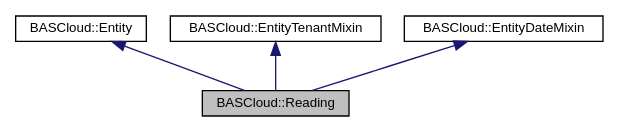
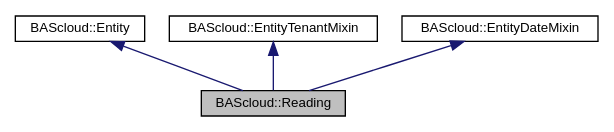
Before and after one commit to bascloud/BAScloudAPI: the diagram in classBASCloud_1_1Reading__inherit__graph.dot, drawn with Graphviz. The commit also changed 193 other files, not shown here.

```diff
--- a/classBASCloud_1_1Reading__inherit__graph.dot
+++ b/classBASCloud_1_1Reading__inherit__graph.dot
@@ -1,13 +1,13 @@
-digraph "BASCloud::Reading"
+digraph "BAScloud::Reading"
 {
  // LATEX_PDF_SIZE
   edge [fontname="Helvetica",fontsize="10",labelfontname="Helvetica",labelfontsize="10"];
   node [fontname="Helvetica",fontsize="10",shape=record];
-  Node1 [label="BASCloud::Reading",height=0.2,width=0.4,color="black", fillcolor="grey75", style="filled", fontcolor="black",tooltip="A Reading entity represents a reading from a sensor or actor (Device) in a building (Property)."];
+  Node1 [label="BAScloud::Reading",height=0.2,width=0.4,color="black", fillcolor="grey75", style="filled", fontcolor="black",tooltip="A Reading entity represents a reading from a sensor or actor (Device) in a building (Property)."];
   Node2 -> Node1 [dir="back",color="midnightblue",fontsize="10",style="solid",fontname="Helvetica"];
-  Node2 [label="BASCloud::Entity",height=0.2,width=0.4,color="black", fillcolor="white", style="filled",URL="$classBASCloud_1_1Entity.html",tooltip="Base class modeling a BASCloud entity."];
+  Node2 [label="BAScloud::Entity",height=0.2,width=0.4,color="black", fillcolor="white", style="filled",URL="$classBAScloud_1_1Entity.html",tooltip="Base class modeling a BAScloud entity."];
   Node3 -> Node1 [dir="back",color="midnightblue",fontsize="10",style="solid",fontname="Helvetica"];
-  Node3 [label="BASCloud::EntityTenantMixin",height=0.2,width=0.4,color="black", fillcolor="white", style="filled",URL="$classBASCloud_1_1EntityTenantMixin.html",tooltip="Mixin class that adds functionality and attributes to associate a Tenant to a Entity object."];
+  Node3 [label="BAScloud::EntityTenantMixin",height=0.2,width=0.4,color="black", fillcolor="white", style="filled",URL="$classBAScloud_1_1EntityTenantMixin.html",tooltip="Mixin class that adds functionality and attributes to associate a Tenant to a Entity object."];
   Node4 -> Node1 [dir="back",color="midnightblue",fontsize="10",style="solid",fontname="Helvetica"];
-  Node4 [label="BASCloud::EntityDateMixin",height=0.2,width=0.4,color="black", fillcolor="white", style="filled",URL="$classBASCloud_1_1EntityDateMixin.html",tooltip="Mixin class that adds datetime functionality and attributes."];
+  Node4 [label="BAScloud::EntityDateMixin",height=0.2,width=0.4,color="black", fillcolor="white", style="filled",URL="$classBAScloud_1_1EntityDateMixin.html",tooltip="Mixin class that adds datetime functionality and attributes."];
 }
```
